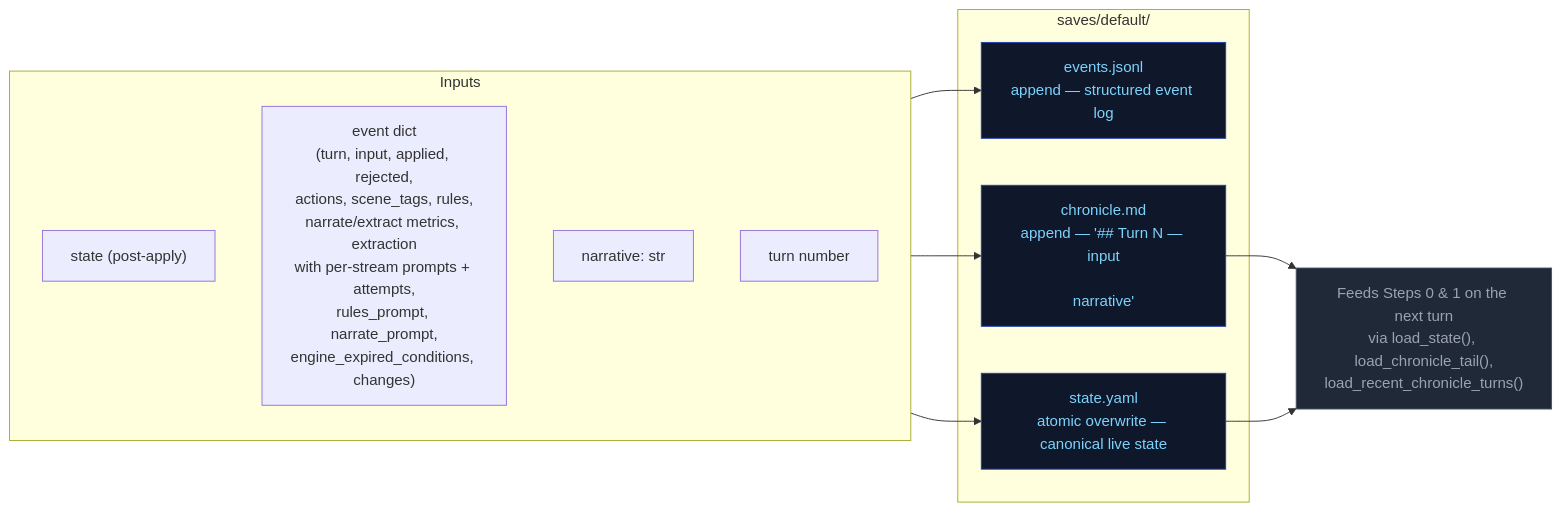
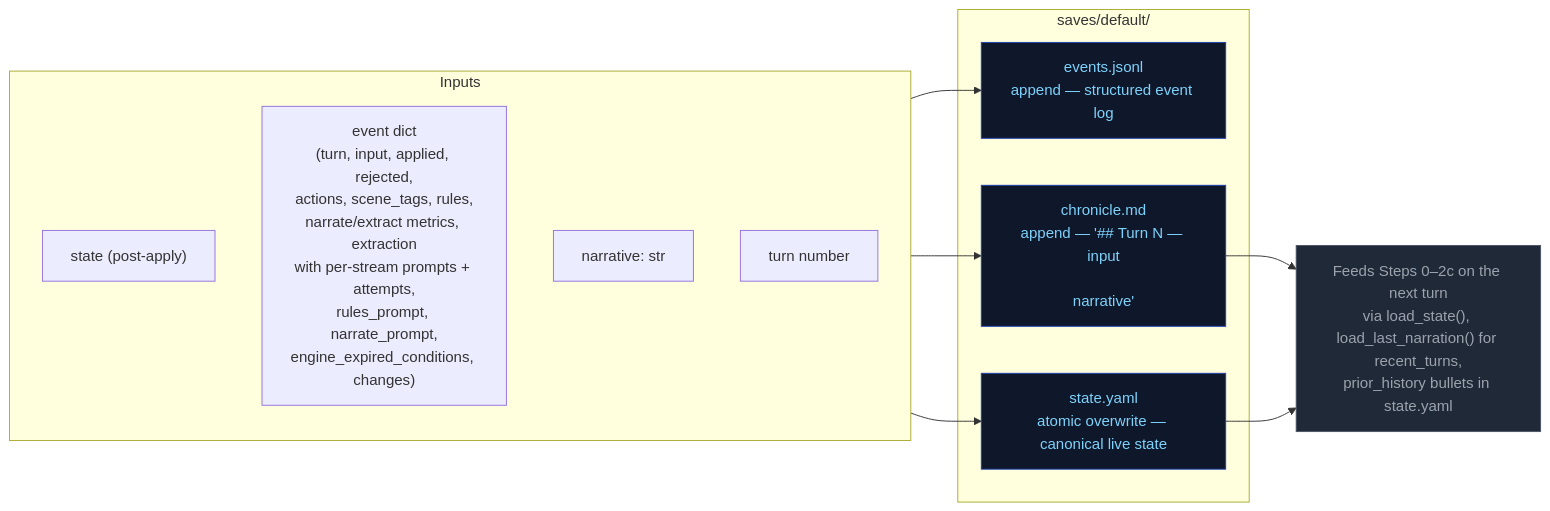
Before and after one commit to pww217/fablethread: the diagram in docs/architecture/persist.md, drawn with Mermaid. The commit also changed 44 other files, not shown here.

````diff
--- a/docs/architecture/persist.md
+++ b/docs/architecture/persist.md
@@ -7,26 +7,26 @@
 ```mermaid
 flowchart LR
     classDef storageNode fill:#0f172a,color:#7dd3fc,stroke:#1e40af
     classDef pyNode      fill:#1f2937,color:#9ca3af,stroke:#4b5563
 
     subgraph IN["Inputs"]
         P1["state (post-apply)"]
         P2["event dict<br>(turn, input, applied, rejected,<br>actions, scene_tags, rules,<br>narrate/extract metrics, extraction<br>with per-stream prompts + attempts,<br>rules_prompt, narrate_prompt,<br>engine_expired_conditions, changes)"]
         P3["narrative: str"]
         P4["turn number"]
     end
 
     subgraph WRITES["saves/default/"]
         W1["events.jsonl<br>append — structured event log"]:::storageNode
         W2["state.yaml<br>atomic overwrite — canonical live state"]:::storageNode
         W3["chronicle.md<br>append — '## Turn N — input\n\nnarrative'"]:::storageNode
     end
 
-    READBACK["Feeds Steps 0 & 1 on the next turn<br>via load_state(), load_chronicle_tail(),<br>load_recent_chronicle_turns()"]:::pyNode
+    READBACK["Feeds Steps 0–2c on the next turn<br>via load_state(), load_last_narration() for recent_turns,<br>prior_history bullets in state.yaml"]:::pyNode
 
     IN --> W1
     IN --> W2
     IN --> W3
     W3 --> READBACK
     W2 --> READBACK
 ```
````
